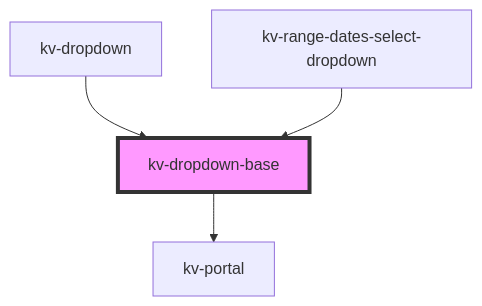
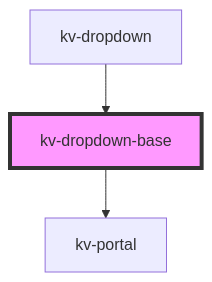
The diagram in packages/ui-components/src/components/dropdown-base/readme.md (kelvininc/ui-components), drawn with Mermaid before and after one commit. The commit also changed other lines of this file and 134 other files, not shown here.

````diff
--- a/packages/ui-components/src/components/dropdown-base/readme.md
+++ b/packages/ui-components/src/components/dropdown-base/readme.md
@@ -40,7 +39,6 @@
 ```mermaid
 graph TD;
   kv-dropdown-base --> kv-portal
   kv-dropdown --> kv-dropdown-base
-  kv-range-dates-select-dropdown --> kv-dropdown-base
   style kv-dropdown-base fill:#f9f,stroke:#333,stroke-width:4px
 ```
````
